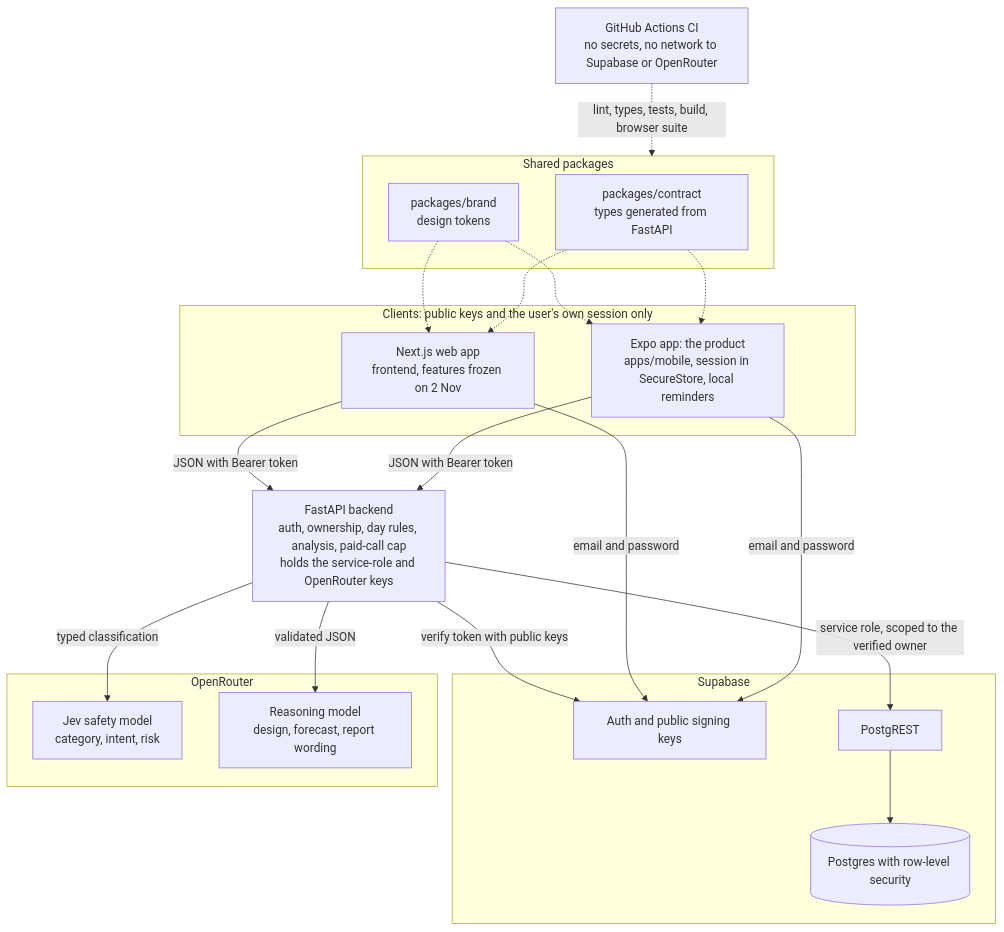
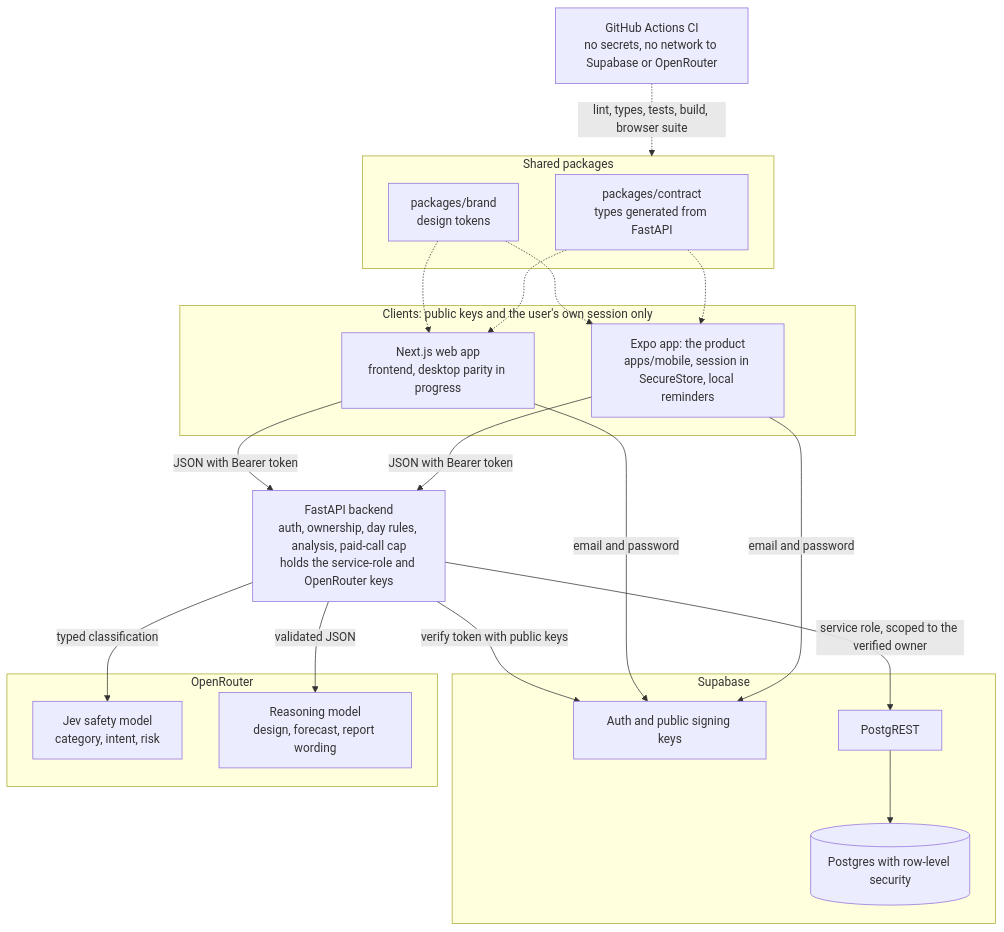
One commit to mnahsanofficial/rhythm-health changed the first of 6 diagrams in docs/ARCHITECTURE.md. Above: the diagram before and after it, drawn with Mermaid. The commit also changed other lines of this file and 59 other files, not shown here.

````diff
--- a/docs/ARCHITECTURE.md
+++ b/docs/ARCHITECTURE.md
@@ -19,36 +19,36 @@
 ```mermaid
 flowchart TB
     subgraph Clients["Clients: public keys and the user's own session only"]
         M["Expo app: the product<br/>apps/mobile, session in SecureStore, local reminders"]
-        W["Next.js web app<br/>frontend, features frozen on 2 Nov"]
+        W["Next.js web app<br/>frontend, desktop parity in progress"]
     end
     subgraph Shared["Shared packages"]
         C["packages/contract<br/>types generated from FastAPI"]
         B["packages/brand<br/>design tokens"]
     end
     API["FastAPI backend<br/>auth, ownership, day rules, analysis, paid-call cap<br/>holds the service-role and OpenRouter keys"]
     subgraph SB["Supabase"]
         A["Auth and public signing keys"]
         REST["PostgREST"]
         PG[("Postgres with row-level security")]
         REST --> PG
     end
     subgraph OR["OpenRouter"]
         J["Jev safety model<br/>category, intent, risk"]
         R["Reasoning model<br/>design, forecast, report wording"]
     end
     CI["GitHub Actions CI<br/>no secrets, no network to Supabase or OpenRouter"]
     M -->|"email and password"| A
     W -->|"email and password"| A
     M -->|"JSON with Bearer token"| API
     W -->|"JSON with Bearer token"| API
     API -->|"verify token with public keys"| A
     API -->|"service role, scoped to the verified owner"| REST
     API -->|"typed classification"| J
     API -->|"validated JSON"| R
     C -.-> M
     C -.-> W
     B -.-> M
     B -.-> W
     CI -.->|"lint, types, tests, build, browser suite"| Shared
 ```
````
